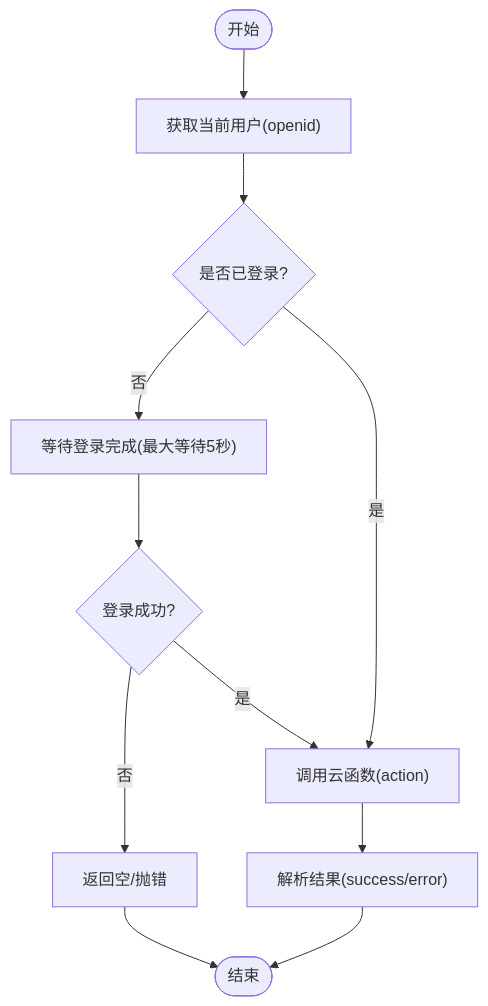
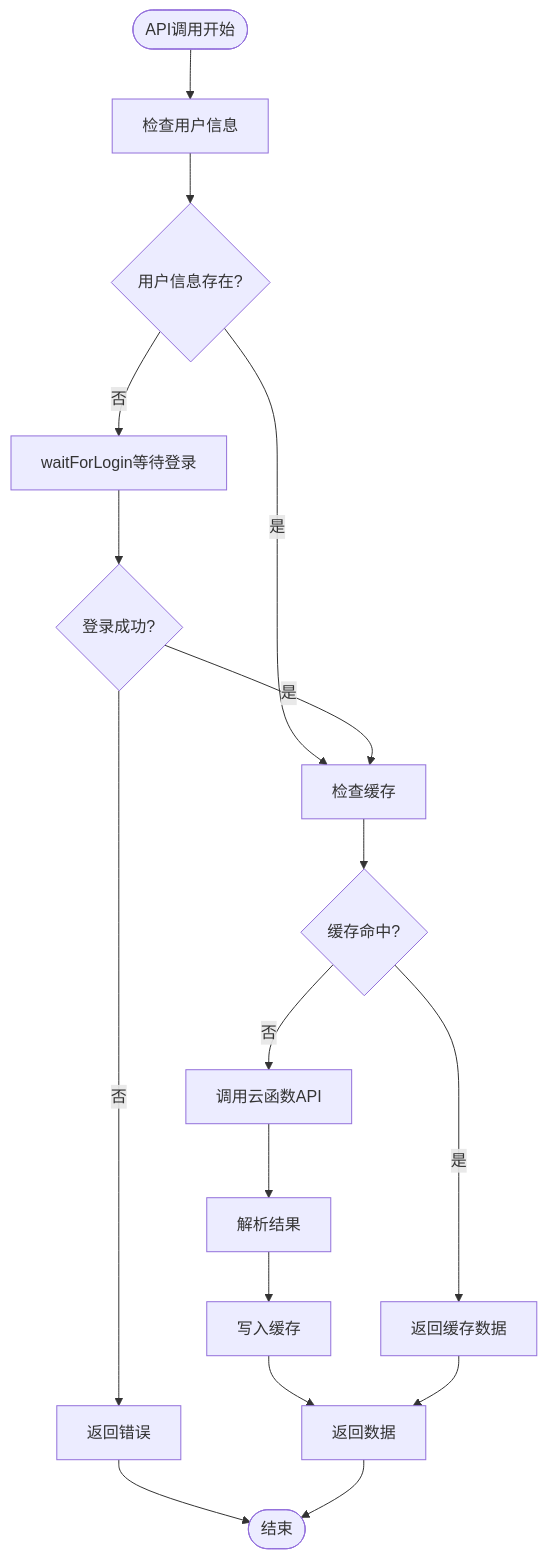
The fourth of 8 diagrams in .qoder/repowiki/zh/content/性能优化/网络请求优化.md (zhangxin19911211-creator/Project_BabyAssistant), drawn with Mermaid before and after one commit. The commit also changed other lines of this file and 24 other files, not shown here.

````diff
--- a/.qoder/repowiki/zh/content/性能优化/网络请求优化.md
+++ b/.qoder/repowiki/zh/content/性能优化/网络请求优化.md
@@ -145,13 +162,19 @@
 ```mermaid
 flowchart TD
-Start(["开始"]) --> GetUser["获取当前用户(openid)"]
-GetUser --> NeedLogin{"是否已登录?"}
-NeedLogin -- 否 --> WaitLogin["等待登录完成(最大等待5秒)"]
+Start(["API调用开始"]) --> CheckUser["检查用户信息"]
+CheckUser --> HasUser{"用户信息存在?"}
+HasUser -- 是 --> CheckCache["检查缓存"]
+HasUser -- 否 --> WaitLogin["waitForLogin等待登录"]
 WaitLogin --> LoginOK{"登录成功?"}
-LoginOK -- 否 --> Fail["返回空/抛错"]
-LoginOK -- 是 --> CallAPI["调用云函数(action)"]
-NeedLogin -- 是 --> CallAPI
-CallAPI --> Parse["解析结果(success/error)"]
-Parse --> Done(["结束"])
-Fail --> Done
+LoginOK -- 否 --> Error["返回错误"]
+LoginOK -- 是 --> CheckCache
+CheckCache --> CacheHit{"缓存命中?"}
+CacheHit -- 是 --> ReturnCache["返回缓存数据"]
+CacheHit -- 否 --> CallAPI["调用云函数API"]
+CallAPI --> ParseResult["解析结果"]
+ParseResult --> SetCache["写入缓存"]
+SetCache --> ReturnData["返回数据"]
+ReturnCache --> ReturnData
+Error --> End(["结束"])
+ReturnData --> End
 ```
````
